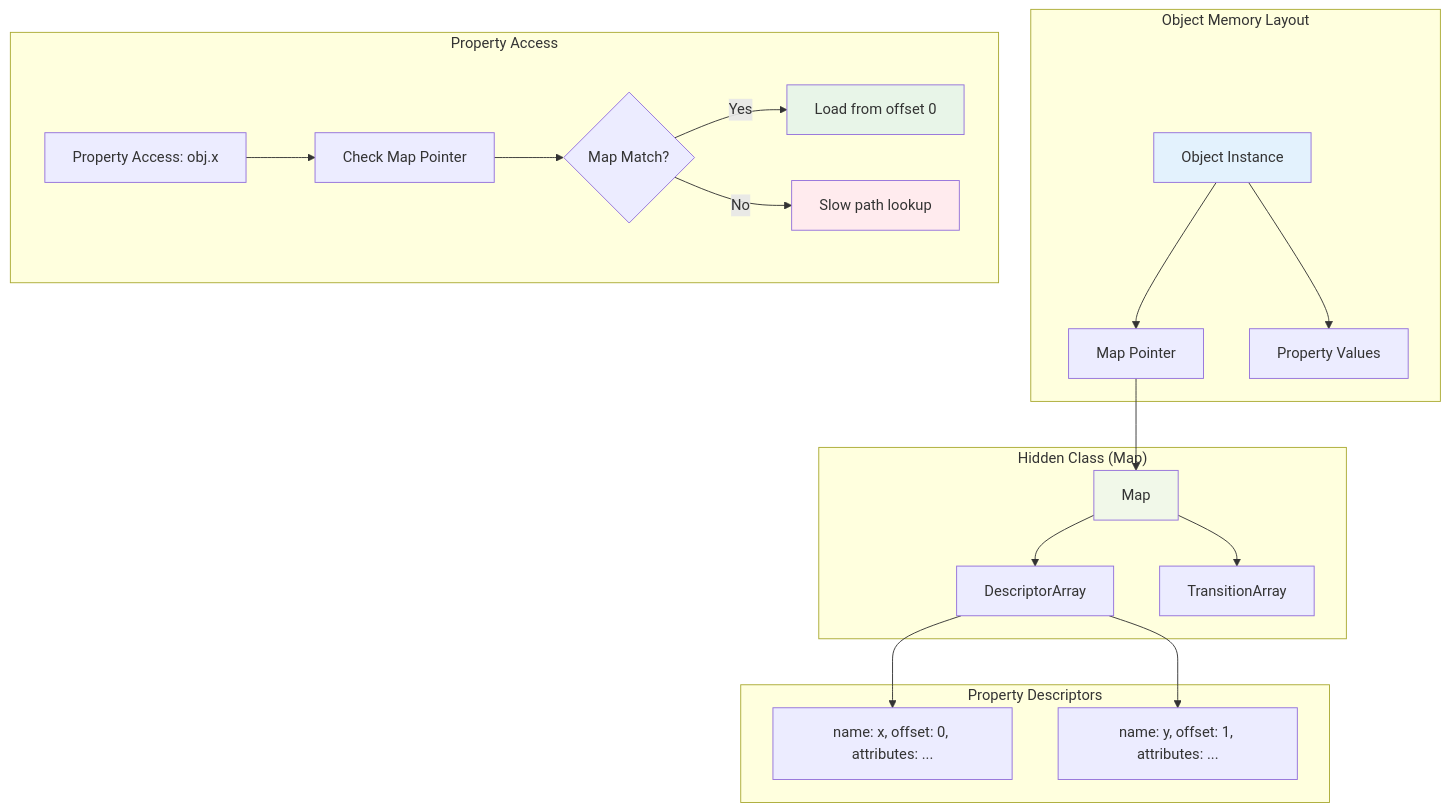
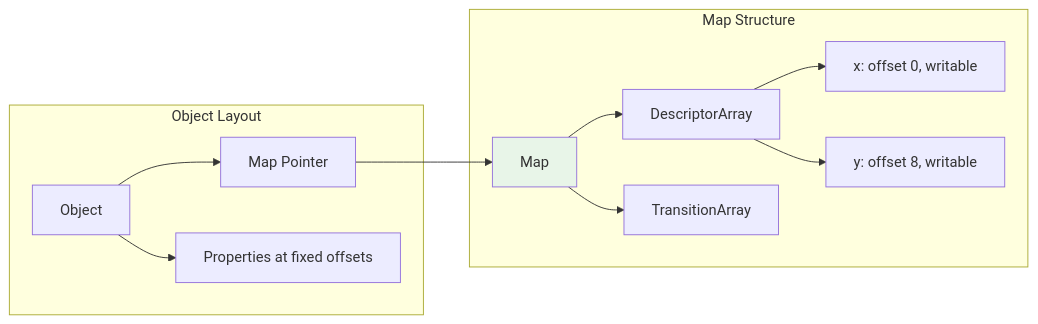
The third of 4 diagrams in v4/content/articles/browser-runtime-internals/js-runtime-internals/v8-engine-architecture/README.md (sujeet-pro/legacy-personal-site), drawn with Mermaid before and after one commit. The commit also changed other lines of this file and 115 other files, not shown here.

````diff
--- a/v4/content/articles/browser-runtime-internals/js-runtime-internals/v8-engine-architecture/README.md
+++ b/v4/content/articles/browser-runtime-internals/js-runtime-internals/v8-engine-architecture/README.md
@@ -253,30 +191,17 @@
 ```mermaid
-graph TD
-    subgraph "Object Memory Layout"
-        A[Object Instance] --> B[Map Pointer]
-        A --> C[Property Values]
+graph LR
+    subgraph "Object Layout"
+        Obj[Object] --> MapPtr[Map Pointer]
+        Obj --> Props[Properties at fixed offsets]
     end
 
-    subgraph "Hidden Class (Map)"
-        B --> D[Map]
-        D --> E[DescriptorArray]
-        D --> F[TransitionArray]
+    subgraph "Map Structure"
+        MapPtr --> Map
+        Map --> Desc[DescriptorArray]
+        Map --> Trans[TransitionArray]
+        Desc --> P1["x: offset 0, writable"]
+        Desc --> P2["y: offset 8, writable"]
     end
 
-    subgraph "Property Descriptors"
-        E --> G[name: x, offset: 0, attributes: ...]
-        E --> H[name: y, offset: 1, attributes: ...]
-    end
-
-    subgraph "Property Access"
-        I[Property Access: obj.x] --> J[Check Map Pointer]
-        J --> K{Map Match?}
-        K -->|Yes| L[Load from offset 0]
-        K -->|No| M[Slow path lookup]
-    end
-
-    style A fill:#e3f2fd
-    style D fill:#f1f8e9
-    style L fill:#e8f5e8
-    style M fill:#ffebee
+    style Map fill:#e8f5e8
 ```
````
